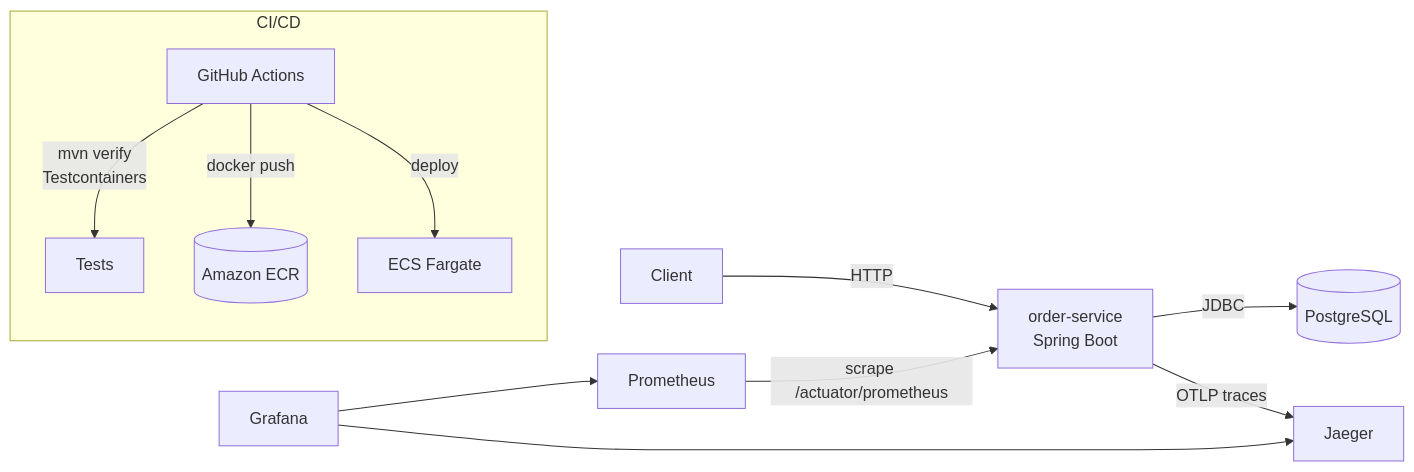
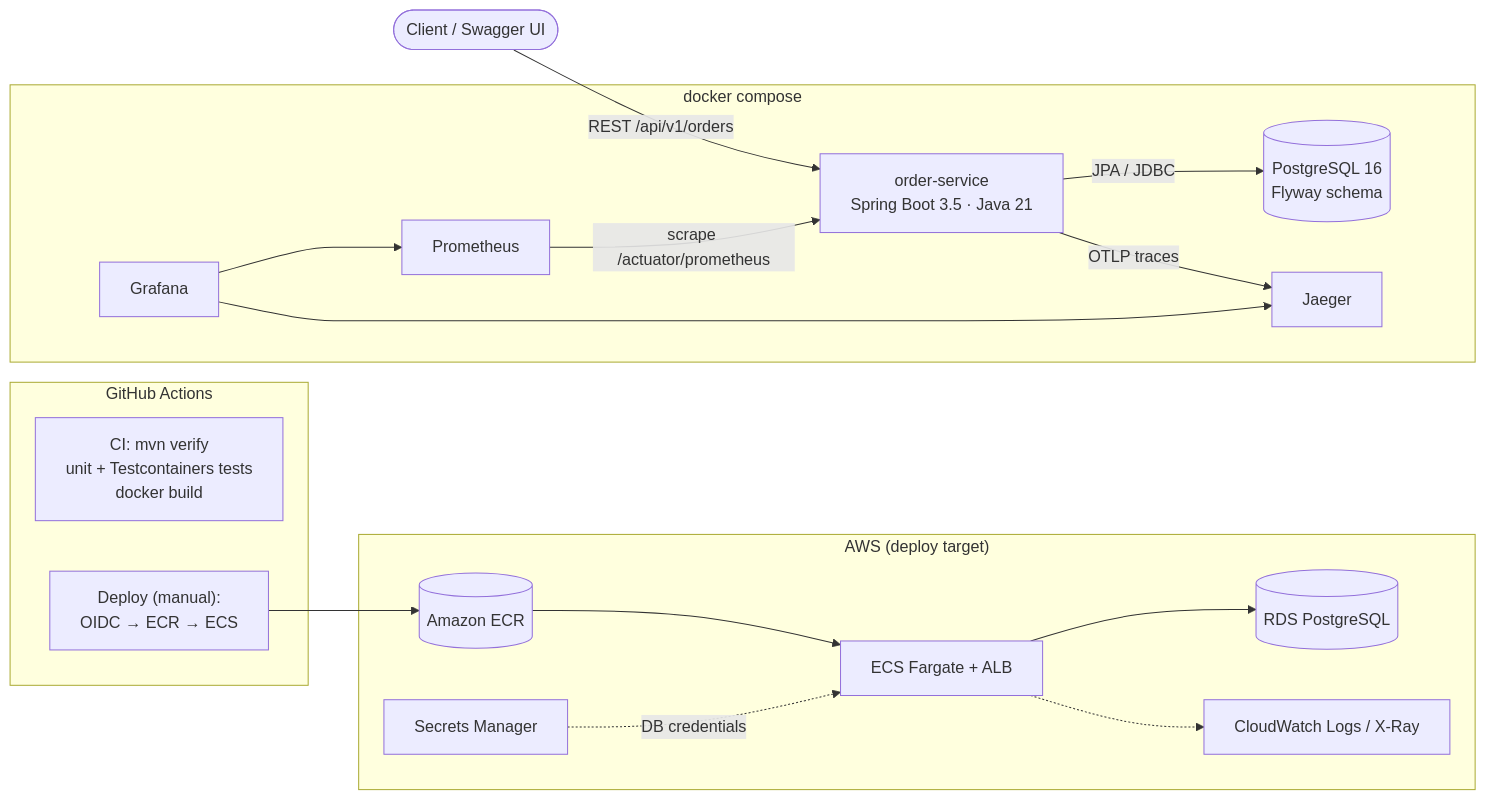
The diagram in README.md (munolishivaraj-cell/order-service), drawn with Mermaid before and after one commit. The commit also changed other lines of this file and 1 other file, not shown here.

First line of the commit message:
Rewrite README for recruiters: CI badge, highlights, architecture diagram, Windows steps, API table, screenshots

````diff
--- a/README.md
+++ b/README.md
@@ -17,15 +30,35 @@
 ```mermaid
 flowchart LR
-    Client -->|HTTP| App[order-service<br/>Spring Boot]
-    App -->|JDBC| PG[(PostgreSQL)]
-    Prom[Prometheus] -->|scrape /actuator/prometheus| App
-    Grafana --> Prom
-    App -->|OTLP traces| Jaeger
-    Grafana --> Jaeger
+    Client([Client / Swagger UI]) -->|REST /api/v1/orders| App
 
-    subgraph CI/CD
-      GH[GitHub Actions] -->|mvn verify<br/>Testcontainers| Tests
-      GH -->|docker push| ECR[(Amazon ECR)]
-      GH -->|deploy| ECS[ECS Fargate]
+    subgraph Local["docker compose"]
+        App["order-service<br/>Spring Boot 3.5 · Java 21"]
+        PG[("PostgreSQL 16<br/>Flyway schema")]
+        Prom[Prometheus]
+        Graf[Grafana]
+        Jaeger[Jaeger]
+        App -->|JPA / JDBC| PG
+        Prom -->|scrape /actuator/prometheus| App
+        App -->|OTLP traces| Jaeger
+        Graf --> Prom
+        Graf --> Jaeger
     end
+
+    subgraph CICD["GitHub Actions"]
+        CI["CI: mvn verify<br/>unit + Testcontainers tests<br/>docker build"]
+        CD["Deploy (manual):<br/>OIDC → ECR → ECS"]
+    end
+
+    subgraph AWS["AWS (deploy target)"]
+        ECR[(Amazon ECR)]
+        ECS[ECS Fargate + ALB]
+        RDS[(RDS PostgreSQL)]
+        SM[Secrets Manager]
+        XR[CloudWatch Logs / X-Ray]
+    end
+
+    CD --> ECR --> ECS
+    ECS --> RDS
+    SM -.->|DB credentials| ECS
+    ECS -.-> XR
 ```
````
